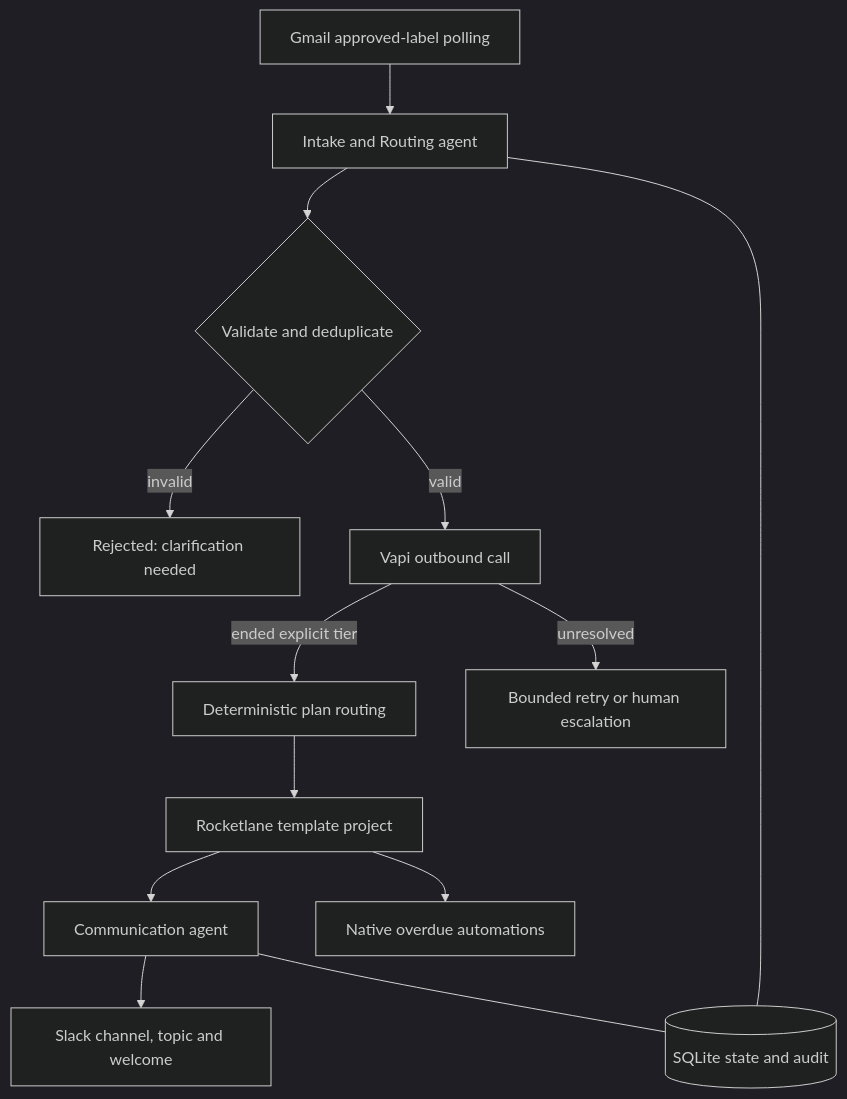
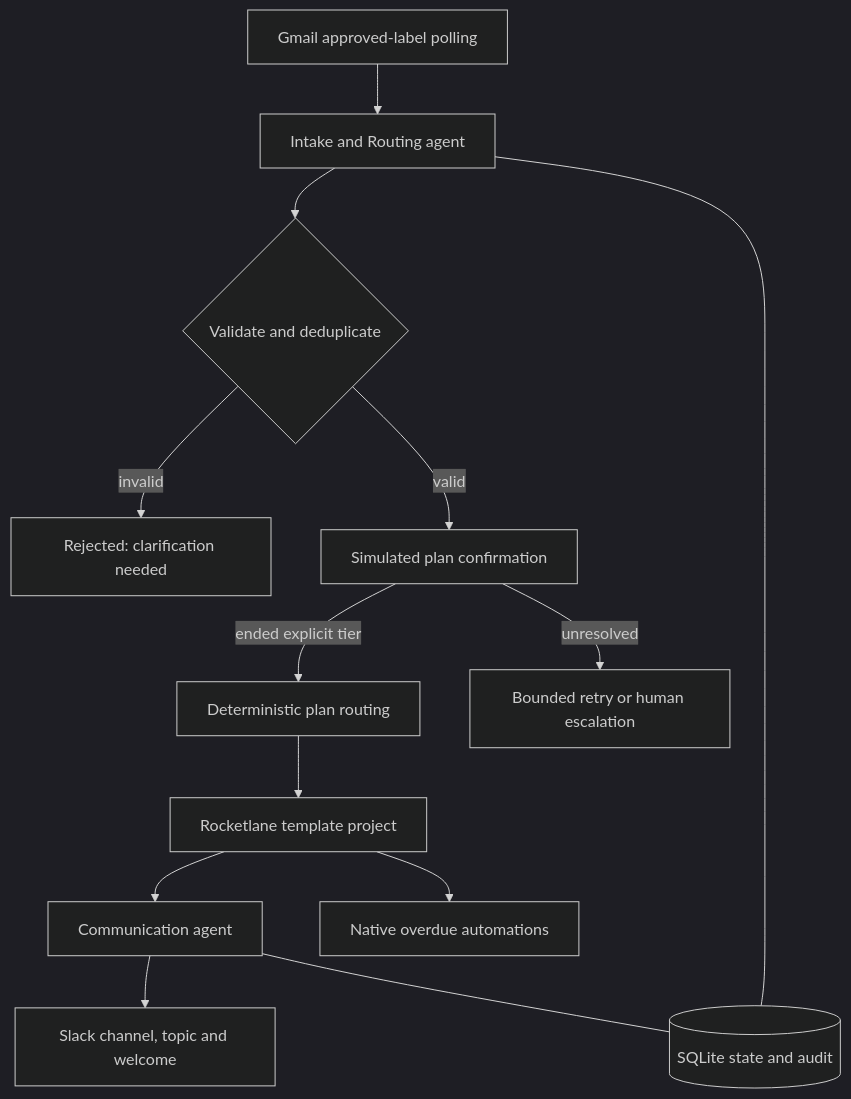
The second of 2 diagrams in docs/architecture.md (Harish-aditya/RocketLane), drawn with Mermaid (dark theme) before and after one commit. The commit also changed other lines of this file and 17 other files, not shown here.

````diff
--- a/docs/architecture.md
+++ b/docs/architecture.md
@@ -32,15 +34,15 @@
 ```mermaid
 flowchart TD
   Gmail[Gmail approved-label polling] --> Intake[Intake and Routing agent]
   Intake --> Validate{Validate and deduplicate}
   Validate -->|invalid| Reject[Rejected: clarification needed]
-  Validate -->|valid| Voice[Vapi outbound call]
+  Validate -->|valid| Voice[Simulated plan confirmation]
   Voice -->|ended explicit tier| Plan[Deterministic plan routing]
   Voice -->|unresolved| Retry[Bounded retry or human escalation]
   Plan --> Project[Rocketlane template project]
   Project --> Comm[Communication agent]
   Comm --> Channel[Slack channel, topic and welcome]
   Project --> Native[Native overdue automations]
   Intake --- DB[(SQLite state and audit)]
   Comm --- DB
 ```
````
